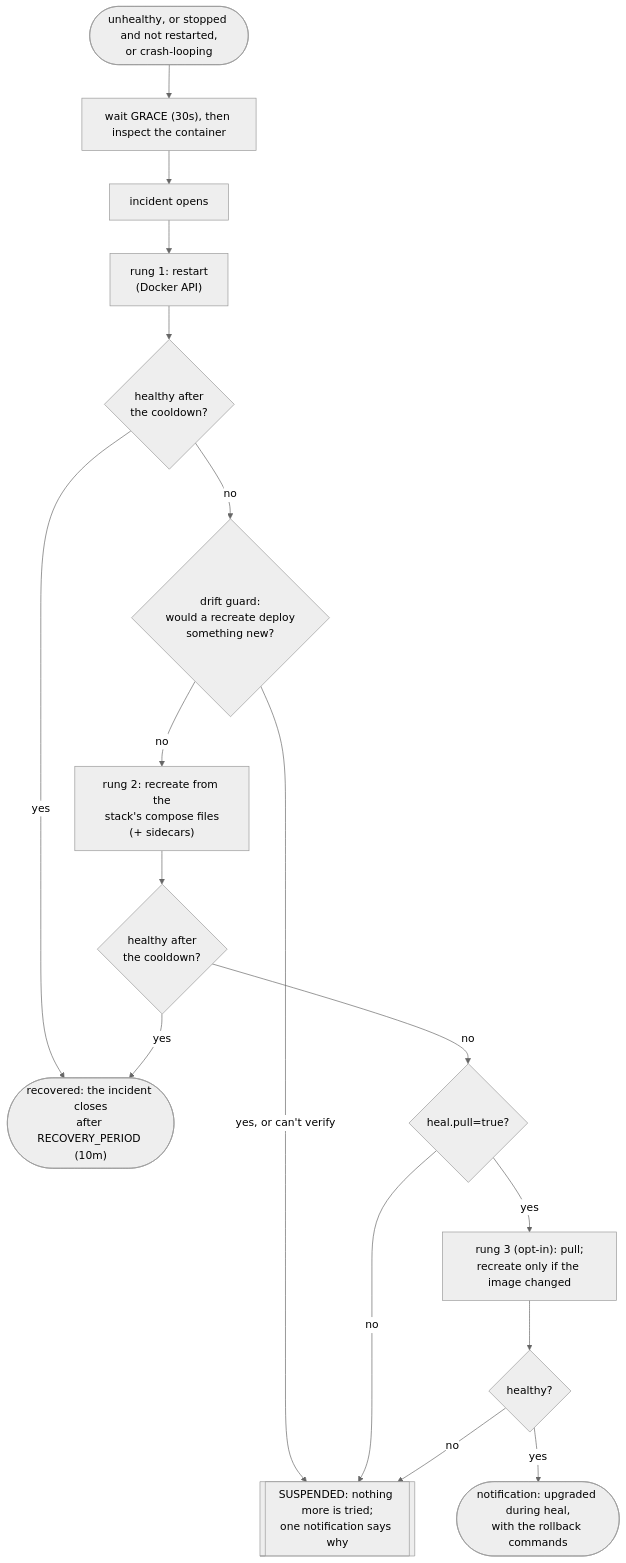
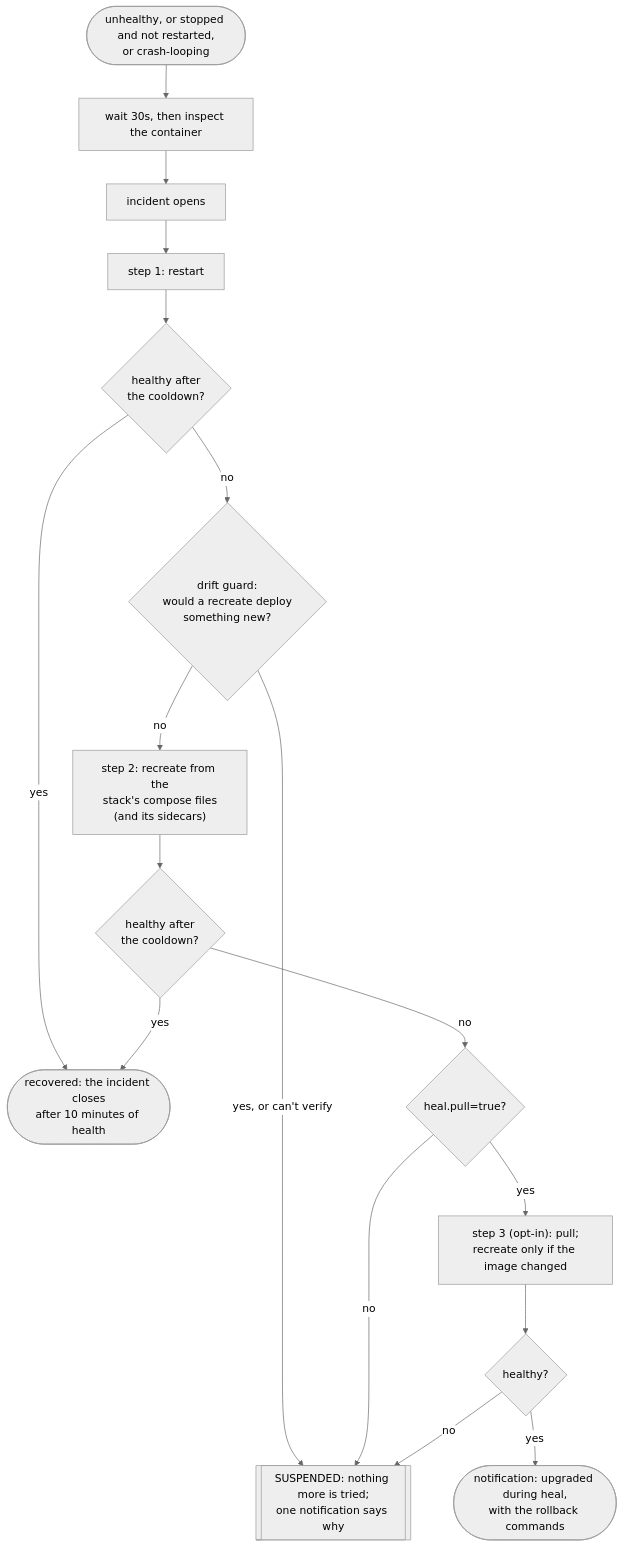
Before and after one commit to jackspiering/dokdosta: the diagram in README.md, drawn with Mermaid (neutral theme). The commit also changed other lines of this file, not shown here.

````diff
--- a/README.md
+++ b/README.md
@@ -80,20 +71,20 @@
 ```mermaid
 flowchart TD
-    T(["unhealthy, or stopped and not restarted,<br/>or crash-looping"]) --> G["wait GRACE (30s), then inspect the container"]
+    T(["unhealthy, or stopped and not restarted,<br/>or crash-looping"]) --> G["wait 30s, then inspect the container"]
     G --> I["incident opens"]
-    I --> R1["rung 1: restart<br/>(Docker API)"]
+    I --> R1["step 1: restart"]
     R1 --> C1{"healthy after<br/>the cooldown?"}
-    C1 -- yes --> OK(["recovered: the incident closes<br/>after RECOVERY_PERIOD (10m)"])
+    C1 -- yes --> OK(["recovered: the incident closes<br/>after 10 minutes of health"])
     C1 -- no --> D{"drift guard:<br/>would a recreate deploy<br/>something new?"}
     D -- "yes, or can't verify" --> S
-    D -- no --> R2["rung 2: recreate from the<br/>stack's compose files<br/>(+ sidecars)"]
+    D -- no --> R2["step 2: recreate from the<br/>stack's compose files<br/>(and its sidecars)"]
     R2 --> C2{"healthy after<br/>the cooldown?"}
     C2 -- yes --> OK
     C2 -- no --> P{"heal.pull=true?"}
     P -- no --> S
-    P -- yes --> R3["rung 3 (opt-in): pull;<br/>recreate only if the image changed"]
+    P -- yes --> R3["step 3 (opt-in): pull;<br/>recreate only if the image changed"]
     R3 --> C3{"healthy?"}
     C3 -- yes --> UP(["notification: upgraded during heal,<br/>with the rollback commands"])
     C3 -- no --> S
     S[["SUSPENDED: nothing more is tried;<br/>one notification says why"]]
 ```
````
